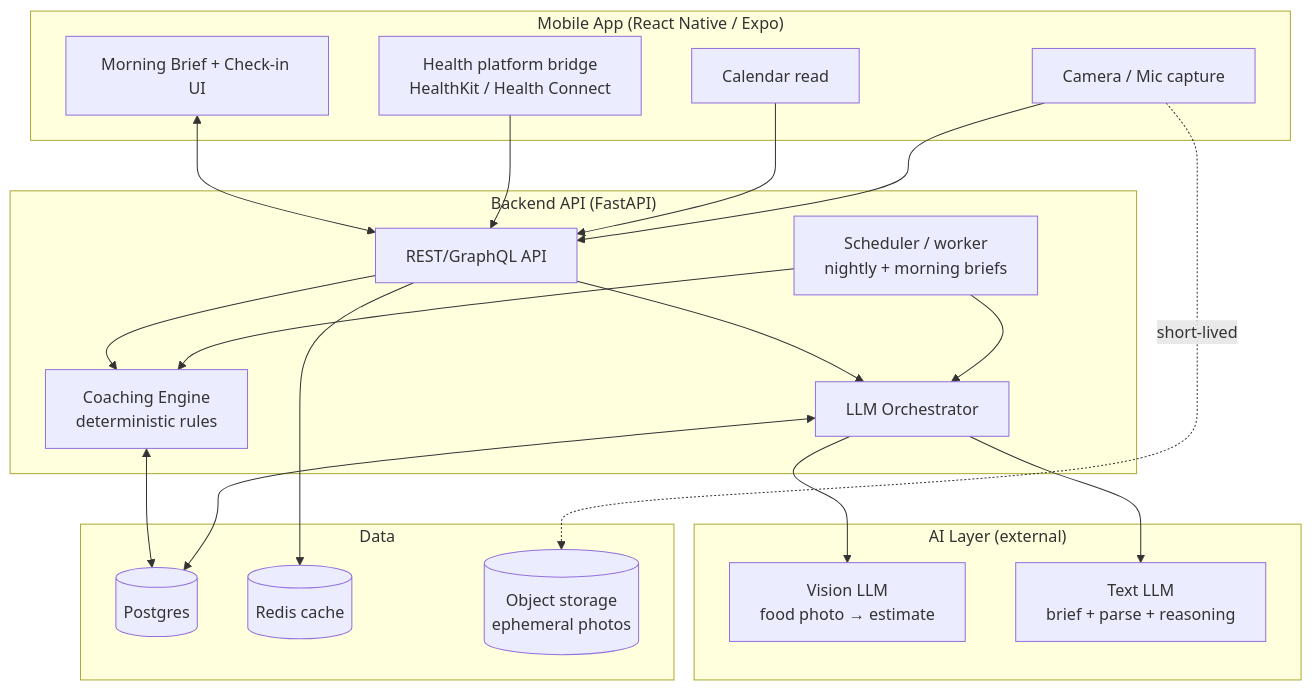
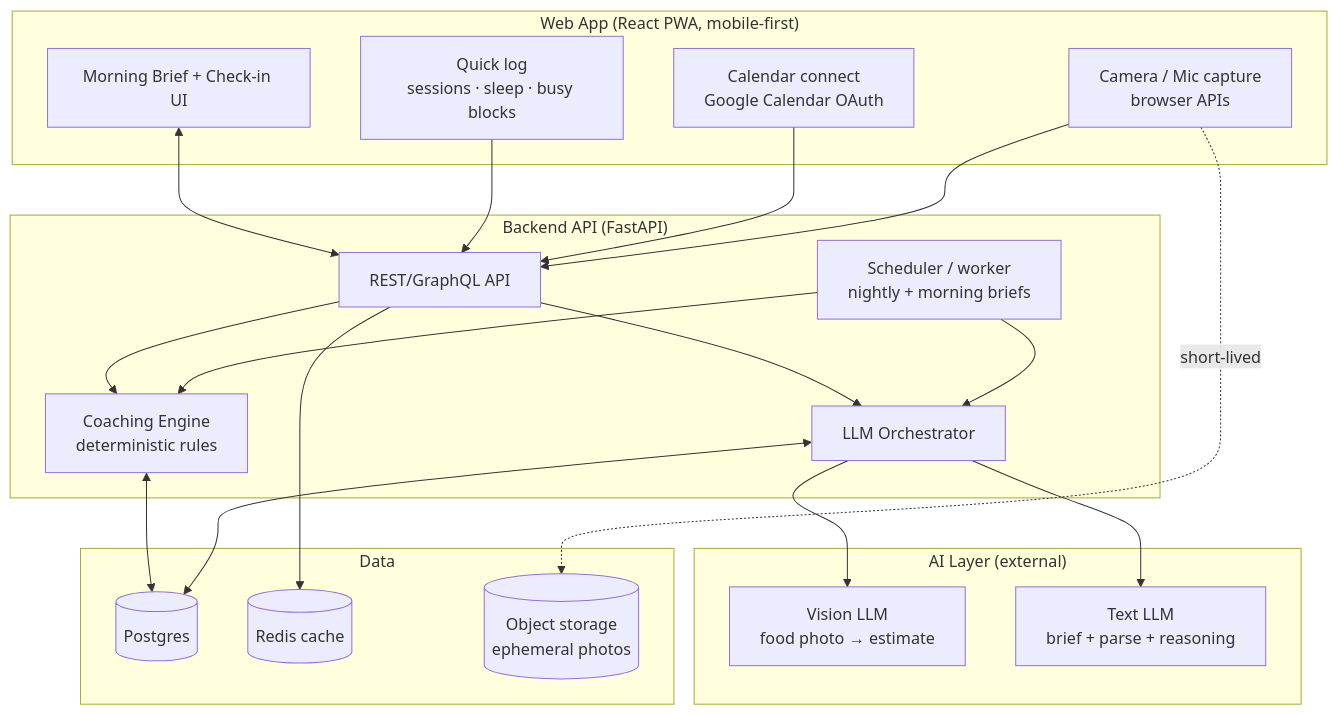
Before and after one commit to gogo123477/corner: the diagram in docs/technical-design.md, drawn with Mermaid. The commit also changed other lines of this file and 38 other files, not shown here.

First line of the commit message:
feat: web app (PWA) replaces the Expo client; Web Push nudge; design doc v0.2

````diff
--- a/docs/technical-design.md
+++ b/docs/technical-design.md
@@ -24,42 +25,42 @@
 ```mermaid
 flowchart TD
-    subgraph Client["Mobile App (React Native / Expo)"]
+    subgraph Client["Web App (React PWA, mobile-first)"]
         UI[Morning Brief + Check-in UI]
-        HK[Health platform bridge<br/>HealthKit / Health Connect]
-        CAL[Calendar read]
-        CAM[Camera / Mic capture]
+        LOG[Quick log<br/>sessions · sleep · busy blocks]
+        CAL[Calendar connect<br/>Google Calendar OAuth]
+        CAM[Camera / Mic capture<br/>browser APIs]
     end
 
     subgraph Backend["Backend API (FastAPI)"]
         API[REST/GraphQL API]
         ENGINE[Coaching Engine<br/>deterministic rules]
         ORCH[LLM Orchestrator]
         JOBS[Scheduler / worker<br/>nightly + morning briefs]
     end
 
     subgraph AI["AI Layer (external)"]
         VISION[Vision LLM<br/>food photo → estimate]
         TEXT[Text LLM<br/>brief + parse + reasoning]
     end
 
     subgraph Data["Data"]
         PG[(Postgres)]
         CACHE[(Redis cache)]
         BLOB[(Object storage<br/>ephemeral photos)]
     end
 
     UI <--> API
-    HK --> API
+    LOG --> API
     CAL --> API
     CAM --> API
     API --> ENGINE
     API --> ORCH
     ORCH --> VISION
     ORCH --> TEXT
     ENGINE <--> PG
     ORCH <--> PG
     JOBS --> ENGINE
     JOBS --> ORCH
     API --> CACHE
     CAM -.short-lived.-> BLOB
 ```
````
